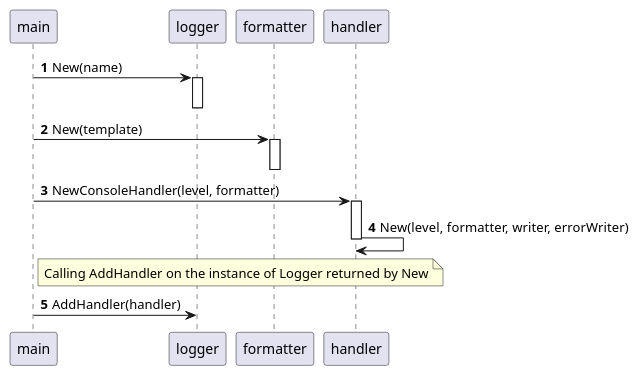
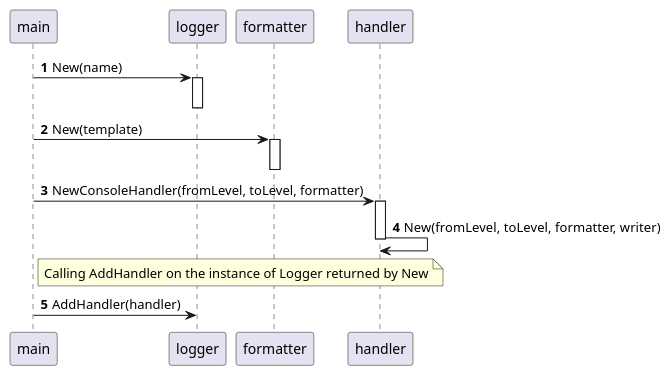
One commit to dl1998/go-logging changed the diagram in docs/architecture/diagrams/plantuml/create_new_logger.plantuml. Above: the diagram before and after it, drawn with PlantUML. The commit also changed 2 other files, not shown here.

Commit message:
Update sequence diagram for creation of the new logger

```diff
--- a/docs/architecture/diagrams/plantuml/create_new_logger.plantuml
+++ b/docs/architecture/diagrams/plantuml/create_new_logger.plantuml
@@ -1,26 +1,26 @@
 @startuml
 'https://plantuml.com/sequence-diagram
 
 autonumber
 
 participant main
 participant logger
 participant formatter
 participant handler
 
 main -> logger: New(name)
 activate logger
 deactivate logger
 
 main -> formatter: New(template)
 activate formatter
 deactivate formatter
 
-main -> handler: NewConsoleHandler(level, formatter)
+main -> handler: NewConsoleHandler(fromLevel, toLevel, formatter)
 activate handler
-handler -> handler: New(level, formatter, writer, errorWriter)
+handler -> handler: New(fromLevel, toLevel, formatter, writer)
 deactivate handler
 
 note right of main: Calling AddHandler on the instance of Logger returned by New
 main -> logger: AddHandler(handler)
 @enduml
```
